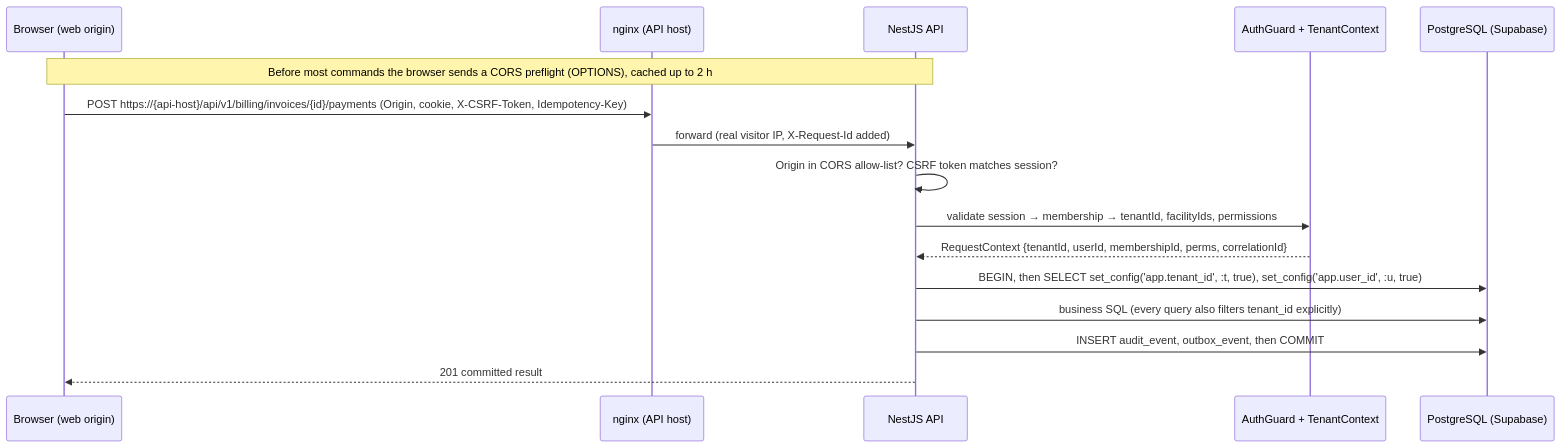
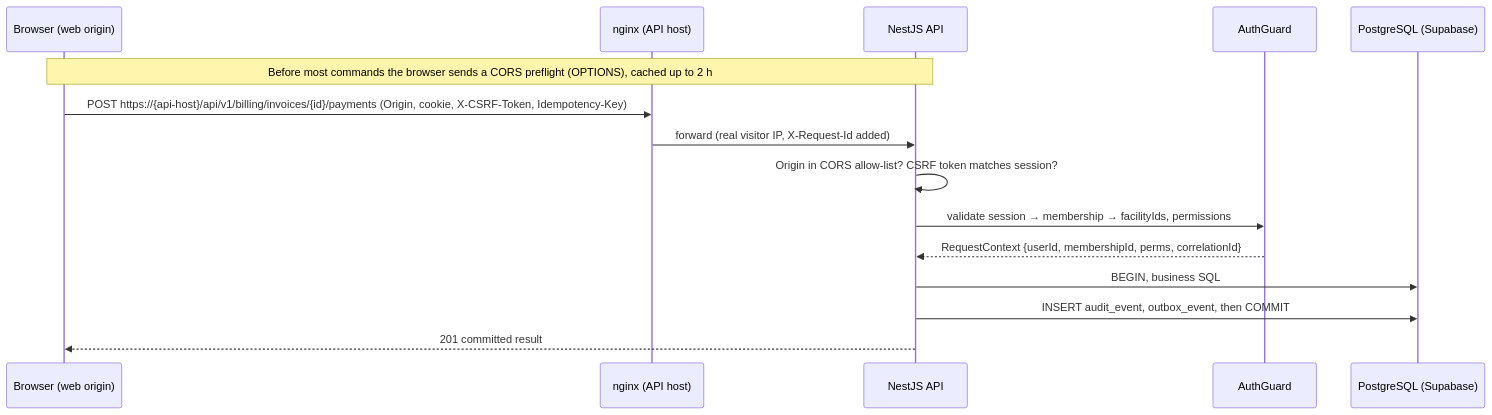
Before and after one commit to NOMAN1802/HMS-SaaS: the third of 6 diagrams in docs/planning/docs/D-system-design.md, drawn with Mermaid. The commit also changed other lines of this file and 72 other files, not shown here.

````diff
--- a/docs/planning/docs/D-system-design.md
+++ b/docs/planning/docs/D-system-design.md
@@ -203,18 +203,17 @@
 ```mermaid
 sequenceDiagram
   participant B as Browser (web origin)
   participant C as nginx (API host)
   participant A as NestJS API
-  participant G as AuthGuard + TenantContext
+  participant G as AuthGuard
   participant D as PostgreSQL (Supabase)
   Note over B,A: Before most commands the browser sends a CORS preflight (OPTIONS), cached up to 2 h
   B->>C: POST https://{api-host}/api/v1/billing/invoices/{id}/payments (Origin, cookie, X-CSRF-Token, Idempotency-Key)
   C->>A: forward (real visitor IP, X-Request-Id added)
   A->>A: Origin in CORS allow-list? CSRF token matches session?
-  A->>G: validate session → membership → tenantId, facilityIds, permissions
-  G-->>A: RequestContext {tenantId, userId, membershipId, perms, correlationId}
-  A->>D: BEGIN, then SELECT set_config('app.tenant_id', :t, true), set_config('app.user_id', :u, true)
-  A->>D: business SQL (every query also filters tenant_id explicitly)
+  A->>G: validate session → membership → facilityIds, permissions
+  G-->>A: RequestContext {userId, membershipId, perms, correlationId}
+  A->>D: BEGIN, business SQL
   A->>D: INSERT audit_event, outbox_event, then COMMIT
   A-->>B: 201 committed result
 ```
````
